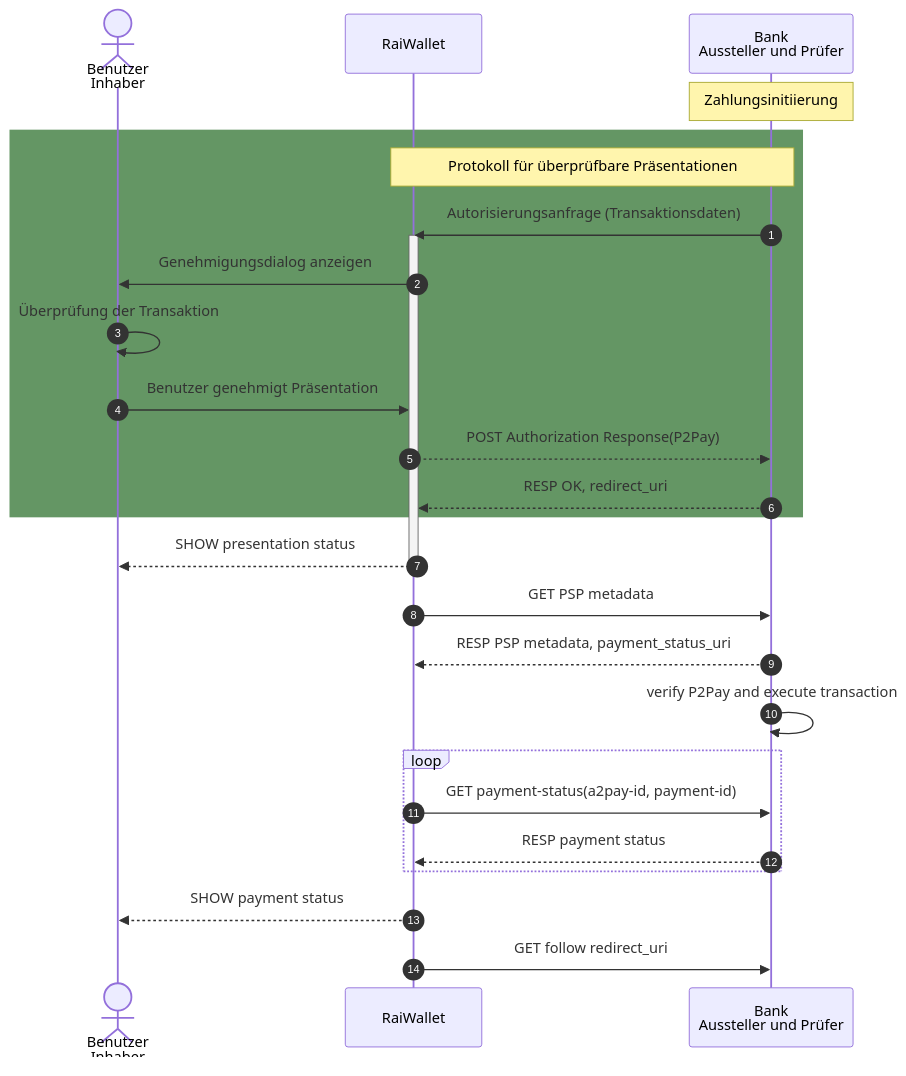
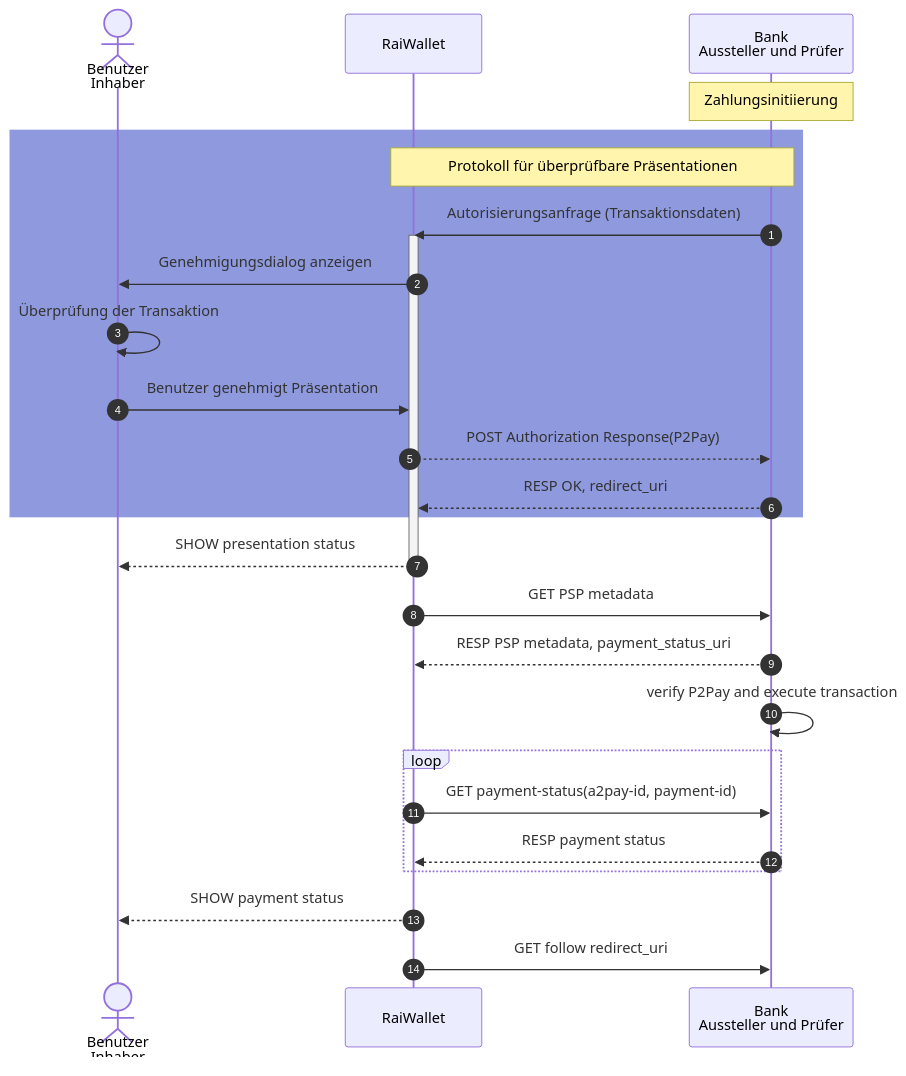
The diagram in readme.md (frogman/tomcat), drawn with Mermaid before and after one commit.

````diff
--- a/readme.md
+++ b/readme.md
@@ -1,33 +1,33 @@
 ```mermaid
 
 sequenceDiagram
     autonumber
     actor user as Benutzer<br/>Inhaber
     participant wallet as RaiWallet 
     participant psp as Bank<br/>Aussteller und Prüfer
 
     Note over psp: Zahlungsinitiierung
-    rect rgb(100, 150, 100)
+    rect rgb(143, 153, 222)
     note over wallet, psp: Protokoll für überprüfbare Präsentationen
     psp ->> wallet: Autorisierungsanfrage (Transaktionsdaten)
     activate wallet
     wallet ->> user: Genehmigungsdialog anzeigen
     user ->> user: Überprüfung der Transaktion
     user ->> wallet: Benutzer genehmigt Präsentation
     wallet -->> psp: POST Authorization Response(P2Pay)
     psp -->> wallet: RESP OK, redirect_uri
     end
     wallet -->> user: SHOW presentation status
     deactivate wallet
     wallet ->> psp: GET PSP metadata
     psp -->> wallet: RESP PSP metadata, payment_status_uri
     psp ->> psp: verify P2Pay and execute transaction
     loop
     wallet ->> psp: GET payment-status(a2pay-id, payment-id)
 
     psp -->> wallet: RESP payment status 
     end
     wallet -->> user: SHOW payment status
     wallet ->> psp: GET follow redirect_uri
 
 ```
````
